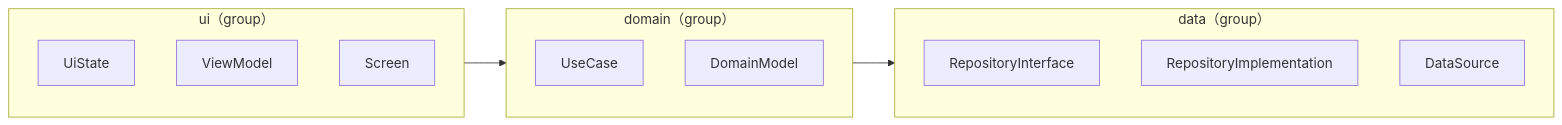
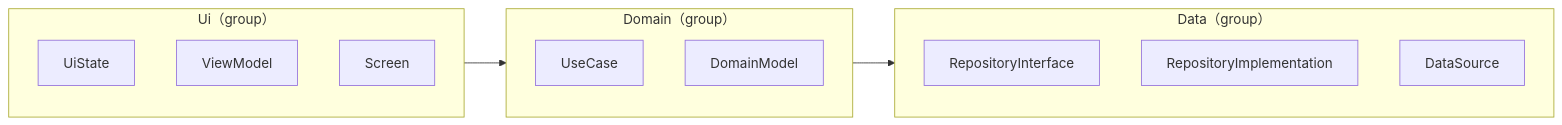
Before and after one commit to TBSten/katachi: the diagram in docs/src/content/docs/ja/recipes/android-three-layer.mdx, drawn with Mermaid. The commit also changed other lines of this file and 12 other files, not shown here.

````diff
--- a/docs/src/content/docs/ja/recipes/android-three-layer.mdx
+++ b/docs/src/content/docs/ja/recipes/android-three-layer.mdx
@@ -28,19 +28,19 @@
 ```mermaid
 flowchart LR
-    subgraph ui["ui（group）"]
+    subgraph ui["Ui（group）"]
         UiState
         ViewModel
         Screen
     end
-    subgraph domain["domain（group）"]
+    subgraph domain["Domain（group）"]
         UseCase
         DomainModel
     end
-    subgraph data["data（group）"]
+    subgraph data["Data（group）"]
         RepositoryInterface
         RepositoryImplementation
         DataSource
     end
     ui --> domain
     domain --> data
 ```
````
